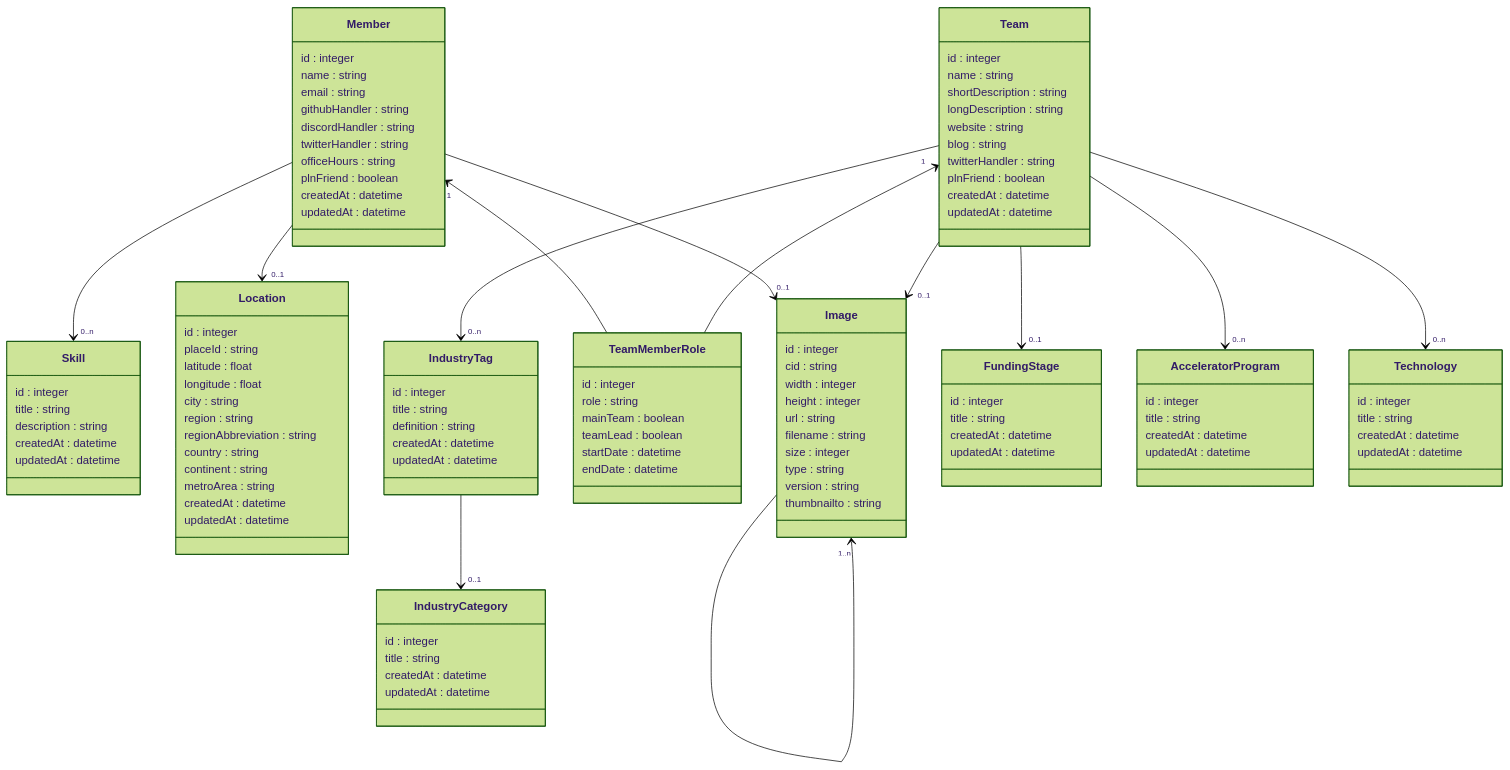
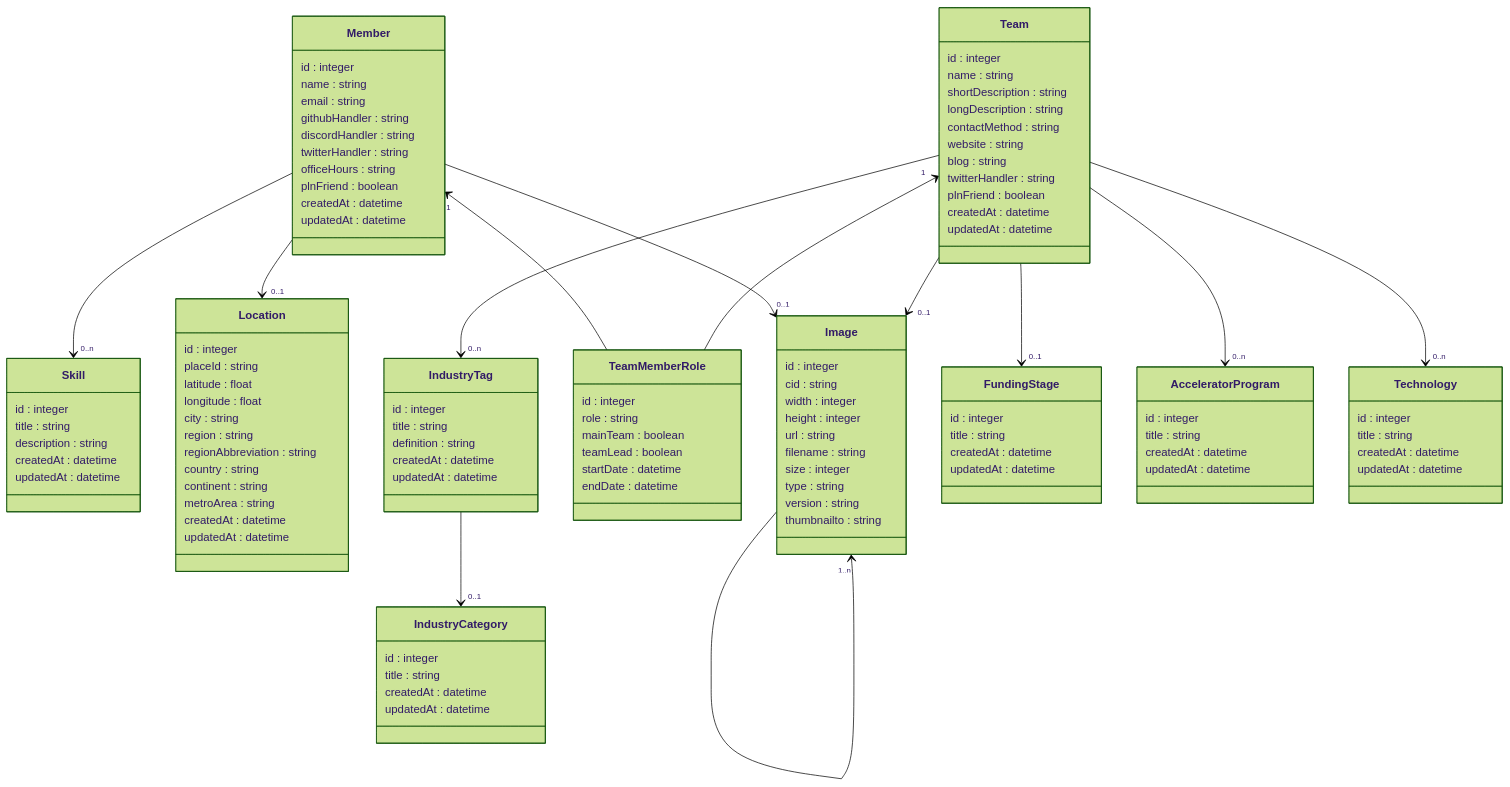
Before and after one commit to memser-spaceport/pln-directory-portal: the diagram in apps/web-api/docs/data-model.md, drawn with Mermaid (forest theme). The commit also changed 5 other files, not shown here.

Commit message:
chore(PL-457): add team contact method

```diff
--- a/apps/web-api/docs/data-model.md
+++ b/apps/web-api/docs/data-model.md
@@ -23,6 +23,7 @@
       name : string
       shortDescription : string
       longDescription : string
+      contactMethod : string
       website : string
       blog : string
       twitterHandler : string
```
